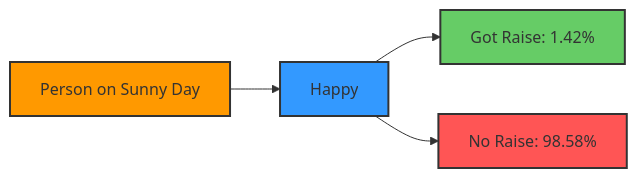
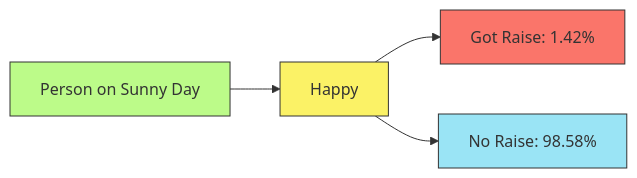
Before and after one commit to Chaklader/part-of-speech-tagging: diagram 22 of 23 in C_2.md, drawn with Mermaid. The commit also changed other lines of this file, not shown here.

````diff
--- a/C_2.md
+++ b/C_2.md
@@ -2132,10 +2133,11 @@
 ```mermaid
 flowchart LR
     A["Person on Sunny Day"] --> B["Happy"]
     B --> C["Got Raise: 1.42%"]
     B --> D["No Raise: 98.58%"]
-    style A fill:#ff9900,stroke:#333,stroke-width:2px
-    style B fill:#3399ff,stroke:#333,stroke-width:2px
-    style C fill:#66cc66,stroke:#333,stroke-width:2px
-    style D fill:#ff5555,stroke:#333,stroke-width:2px
+style A fill:#BCFB89,stroke:#333,stroke-width:1px
+  style B fill:#FBF266,stroke:#333,stroke-width:1px
+  style C fill:#FA756A,stroke:#333,stroke-width:1px
+  style D fill:#9AE4F5,stroke:#333,stroke-width:1px
+
 ```
````
